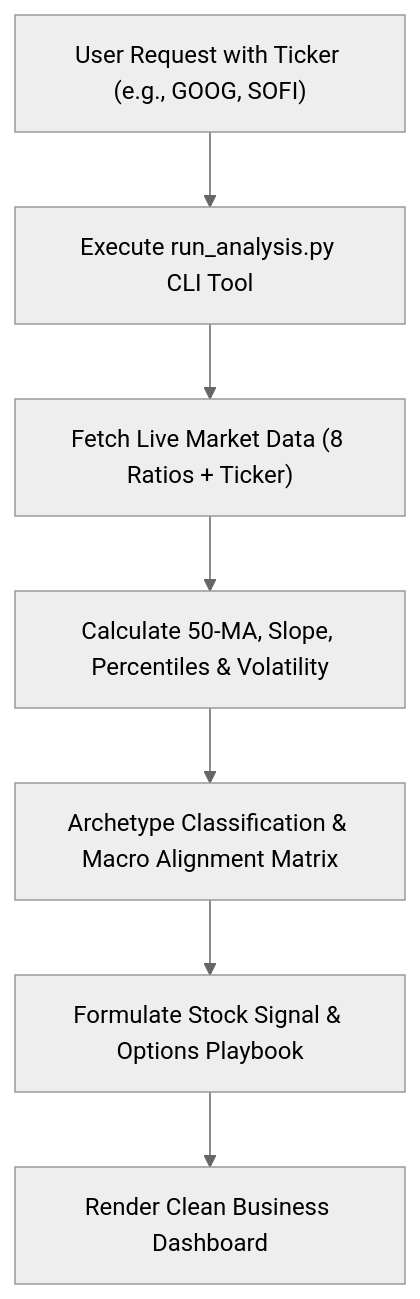
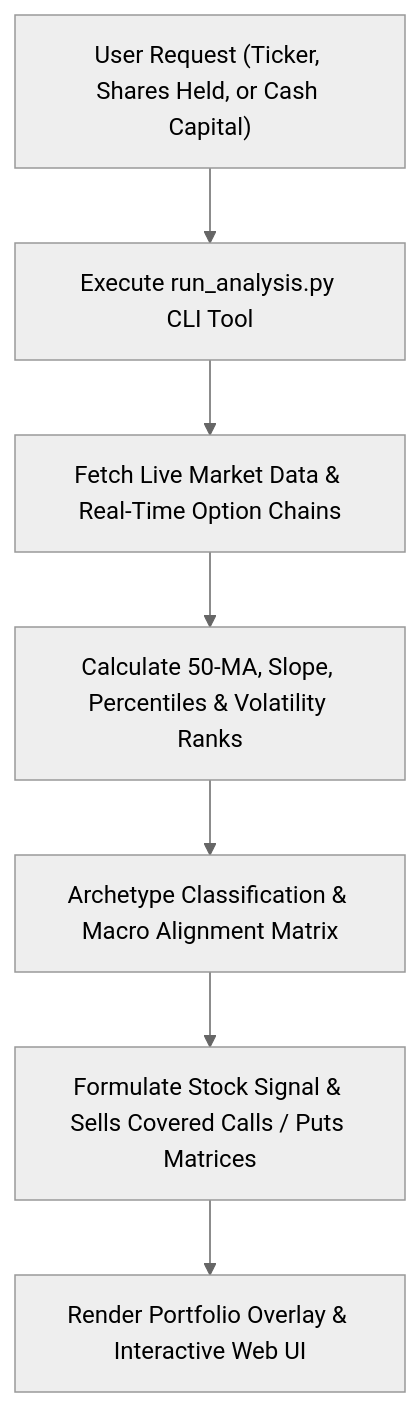
Before and after one commit to terravic/macro-flow-stock-navigator-skill: the diagram in SKILL.md, drawn with Mermaid (neutral theme). The commit also changed other lines of this file and 10 other files, not shown here.

Commit message:
feat: add covered call or cash securte puts analysis

````diff
--- a/SKILL.md
+++ b/SKILL.md
@@ -34,9 +35,9 @@
 ```mermaid
 graph TD
-    A["User Request with Ticker (e.g., GOOG, SOFI)"] --> B["Execute run_analysis.py CLI Tool"]
-    B --> C["Fetch Live Market Data (8 Ratios + Ticker)"]
-    C --> D["Calculate 50-MA, Slope, Percentiles & Volatility"]
+    A["User Request (Ticker, Shares Held, or Cash Capital)"] --> B["Execute run_analysis.py CLI Tool"]
+    B --> C["Fetch Live Market Data & Real-Time Option Chains"]
+    C --> D["Calculate 50-MA, Slope, Percentiles & Volatility Ranks"]
     D --> E["Archetype Classification & Macro Alignment Matrix"]
-    E --> F["Formulate Stock Signal & Options Playbook"]
-    F --> G["Render Clean Business Dashboard"]
+    E --> F["Formulate Stock Signal & Sells Covered Calls / Puts Matrices"]
+    F --> G["Render Portfolio Overlay & Interactive Web UI"]
 ```
````
